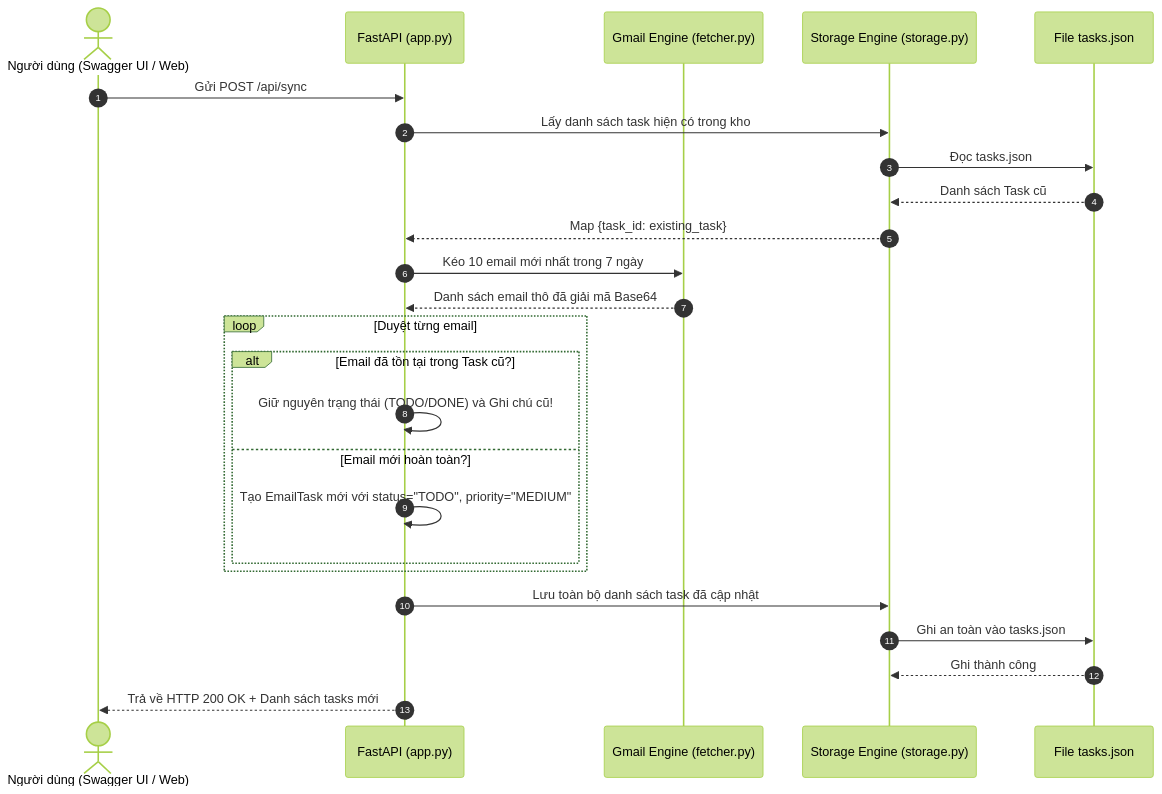
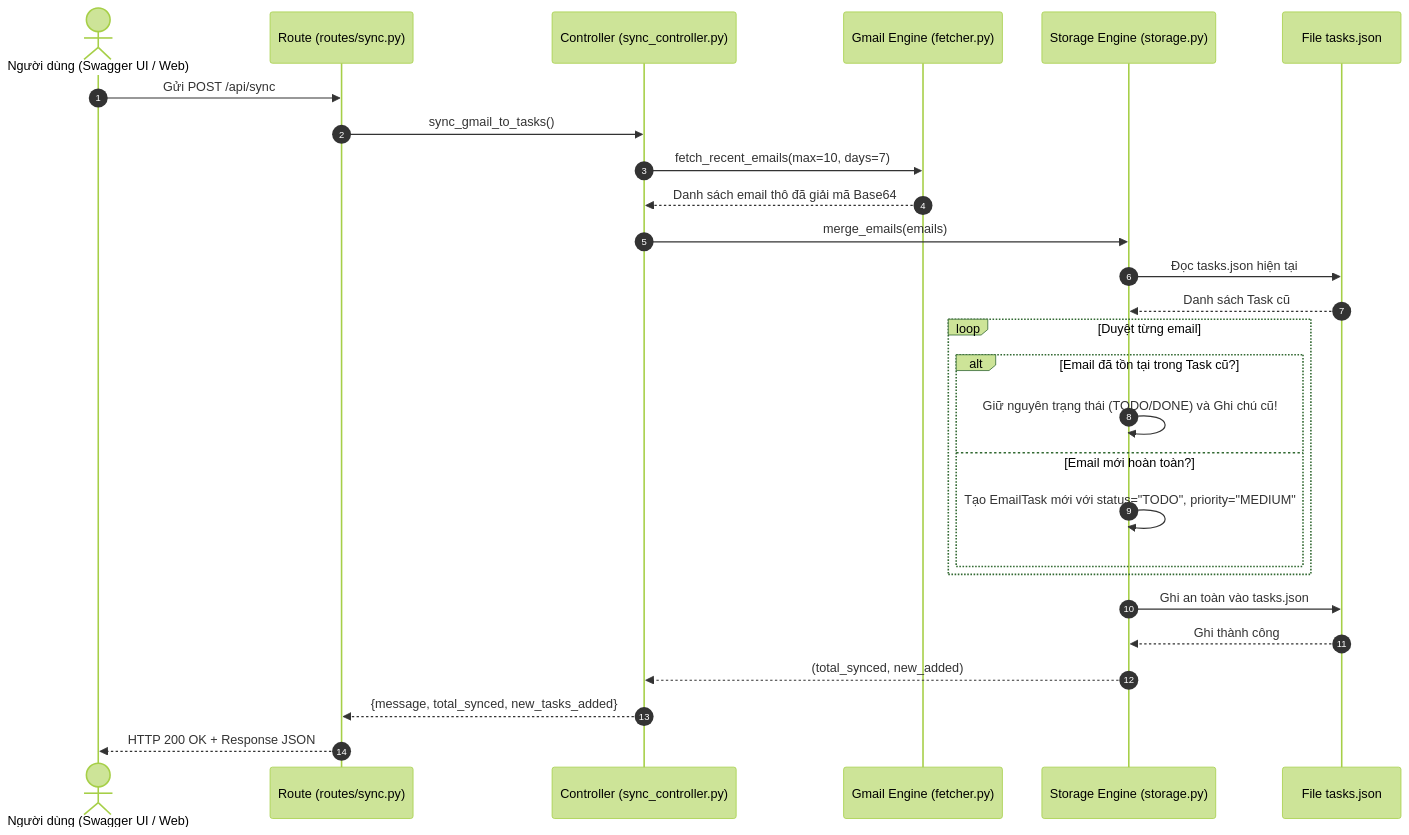
Before and after one commit to Archduker/FocusEmai: the second of 4 diagrams in docs/stage2.md, drawn with Mermaid (forest theme). The commit also changed other lines of this file and 6 other files, not shown here.

````diff
--- a/docs/stage2.md
+++ b/docs/stage2.md
@@ -52,31 +56,34 @@
 ```mermaid
 sequenceDiagram
     autonumber
     actor User as Người dùng (Swagger UI / Web)
-    participant API as FastAPI (app.py)
+    participant Route as Route (routes/sync.py)
+    participant Controller as Controller (sync_controller.py)
     participant Fetcher as Gmail Engine (fetcher.py)
     participant Storage as Storage Engine (storage.py)
     participant DB as File tasks.json
 
-    User->>API: Gửi POST /api/sync
-    API->>Storage: Lấy danh sách task hiện có trong kho
-    Storage->>DB: Đọc tasks.json
+    User->>Route: Gửi POST /api/sync
+    Route->>Controller: sync_gmail_to_tasks()
+    
+    Controller->>Fetcher: fetch_recent_emails(max=10, days=7)
+    Fetcher-->>Controller: Danh sách email thô đã giải mã Base64
+    
+    Controller->>Storage: merge_emails(emails)
+    Storage->>DB: Đọc tasks.json hiện tại
     DB-->>Storage: Danh sách Task cũ
-    Storage-->>API: Map {task_id: existing_task}
-    
-    API->>Fetcher: Kéo 10 email mới nhất trong 7 ngày
-    Fetcher-->>API: Danh sách email thô đã giải mã Base64
     
     loop Duyệt từng email
         alt Email đã tồn tại trong Task cũ?
-            API->>API: Giữ nguyên trạng thái (TODO/DONE) và Ghi chú cũ!
+            Storage->>Storage: Giữ nguyên trạng thái (TODO/DONE) và Ghi chú cũ!
         else Email mới hoàn toàn?
-            API->>API: Tạo EmailTask mới với status="TODO", priority="MEDIUM"
+            Storage->>Storage: Tạo EmailTask mới với status="TODO", priority="MEDIUM"
         end
     end
     
-    API->>Storage: Lưu toàn bộ danh sách task đã cập nhật
     Storage->>DB: Ghi an toàn vào tasks.json
     DB-->>Storage: Ghi thành công
-    API-->>User: Trả về HTTP 200 OK + Danh sách tasks mới
+    Storage-->>Controller: (total_synced, new_added)
+    Controller-->>Route: {message, total_synced, new_tasks_added}
+    Route-->>User: HTTP 200 OK + Response JSON
 ```
````
